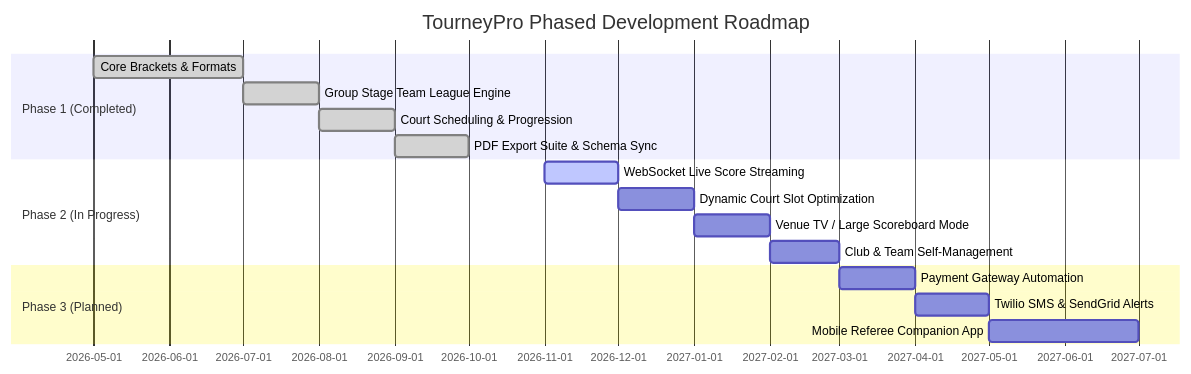
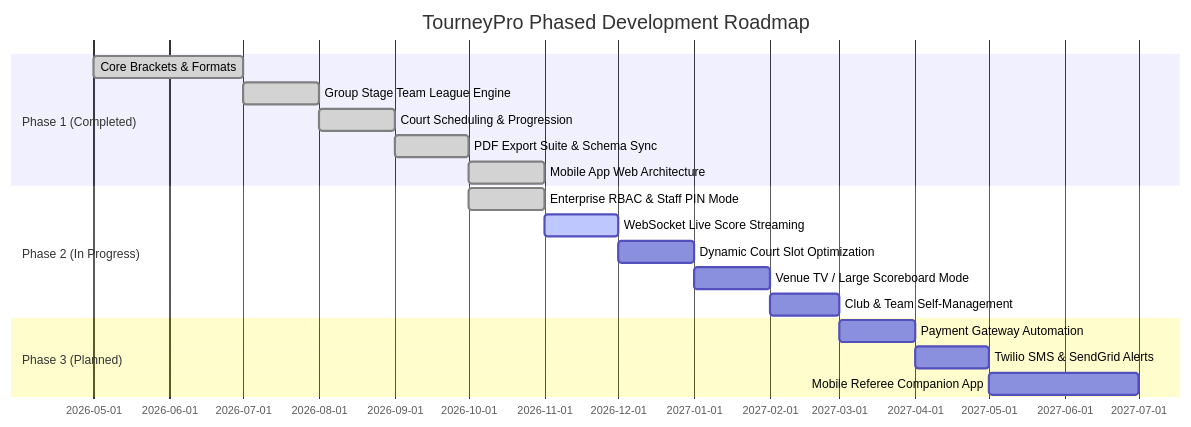
The diagram in docs/PLAN.md (rahilmehta-24/TourneyPro), drawn with Mermaid before and after one commit. The commit also changed other lines of this file and 36 other files, not shown here.

````diff
--- a/docs/PLAN.md
+++ b/docs/PLAN.md
@@ -14,19 +14,21 @@
 ```mermaid
 gantt
     title TourneyPro Phased Development Roadmap
     dateFormat  YYYY-MM
     section Phase 1 (Completed)
     Core Brackets & Formats           :done, 2026-05, 2026-07
     Group Stage Team League Engine    :done, 2026-07, 2026-08
     Court Scheduling & Progression    :done, 2026-08, 2026-09
     PDF Export Suite & Schema Sync    :done, 2026-09, 2026-10
+    Mobile App Web Architecture       :done, 2026-10, 2026-11
     section Phase 2 (In Progress)
+    Enterprise RBAC & Staff PIN Mode  :done, 2026-10, 2026-11
     WebSocket Live Score Streaming    :active, 2026-11, 2026-12
     Dynamic Court Slot Optimization   :2026-12, 2027-01
     Venue TV / Large Scoreboard Mode  :2027-01, 2027-02
     Club & Team Self-Management       :2027-02, 2027-03
     section Phase 3 (Planned)
     Payment Gateway Automation        :2027-03, 2027-04
     Twilio SMS & SendGrid Alerts      :2027-04, 2027-05
     Mobile Referee Companion App      :2027-05, 2027-07
 ```
````
